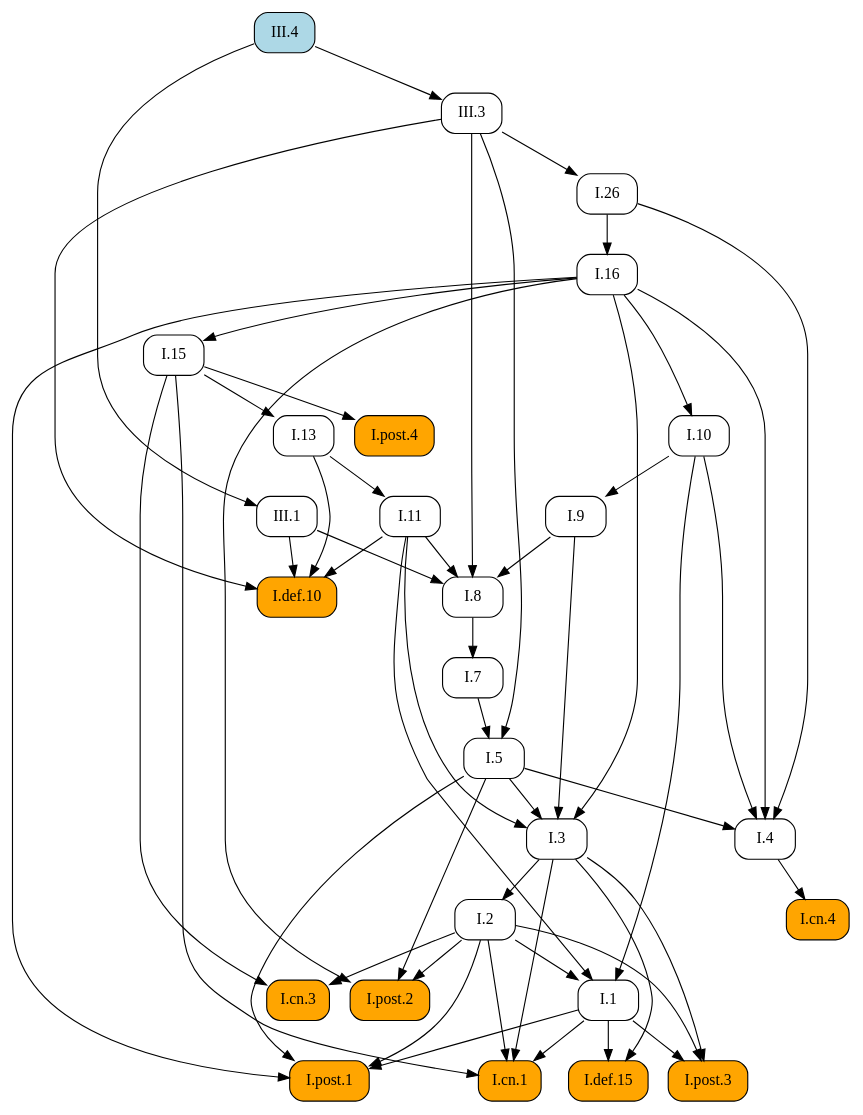
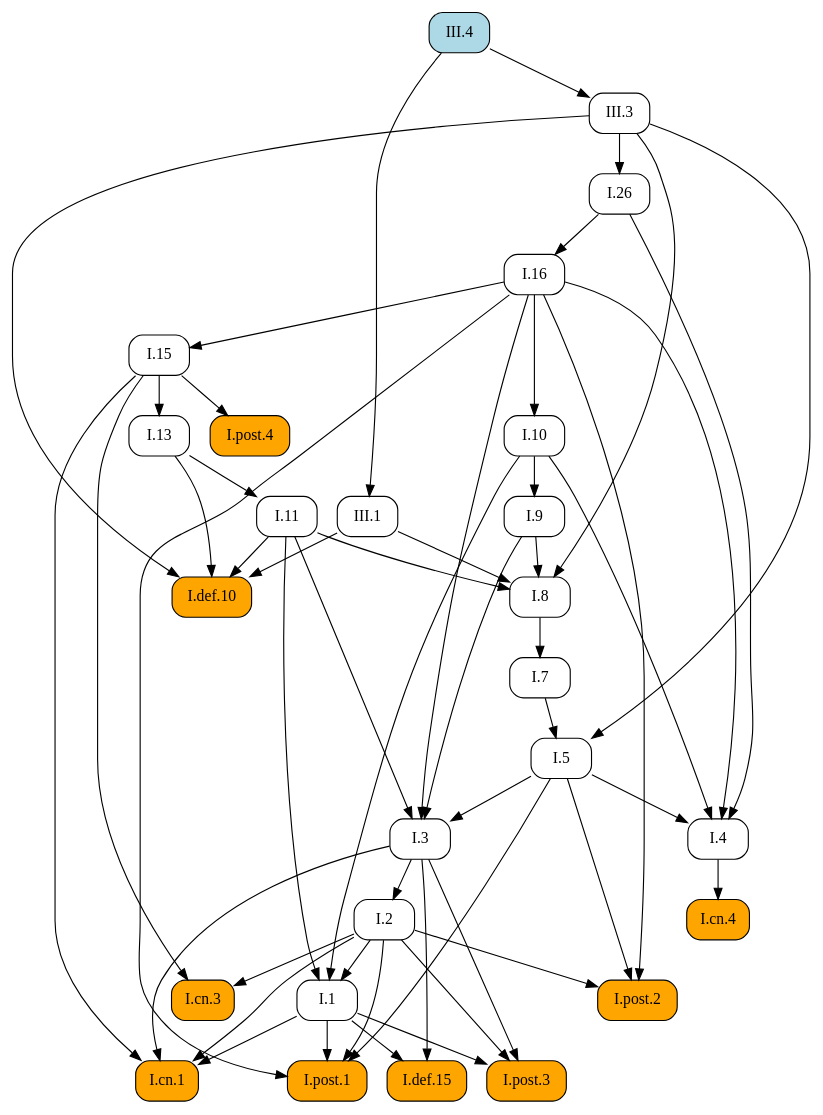
One commit to geometor/elements changed the diagram in docsrc/heath/III/4/index.rst. Above: the diagram before and after it, drawn with Graphviz. The commit also changed other lines of this file and 1029 other files, not shown here.

```diff
--- a/docsrc/heath/III/4/index.rst
+++ b/docsrc/heath/III/4/index.rst
@@ -60,82 +60,82 @@
    digraph {
      rankdir="TB";
      node [shape=box, style=rounded];
+     "I.def.10" [style="rounded,filled", fillcolor=orange, URL="/heath/I/def.10/", target="_top"];
+     "I.11" [URL="/heath/I/11/", target="_top"];
+     "I.post.4" [style="rounded,filled", fillcolor=orange, URL="/heath/I/post.4/", target="_top"];
+     "I.1" [URL="/heath/I/1/", target="_top"];
+     "III.4" [style="rounded,filled", fillcolor=lightblue, URL="/heath/III/4/", target="_top"];
+     "I.26" [URL="/heath/I/26/", target="_top"];
+     "I.7" [URL="/heath/I/7/", target="_top"];
+     "I.3" [URL="/heath/I/3/", target="_top"];
+     "I.2" [URL="/heath/I/2/", target="_top"];
+     "I.4" [URL="/heath/I/4/", target="_top"];
      "I.13" [URL="/heath/I/13/", target="_top"];
+     "I.post.2" [style="rounded,filled", fillcolor=orange, URL="/heath/I/post.2/", target="_top"];
+     "I.16" [URL="/heath/I/16/", target="_top"];
+     "I.def.15" [style="rounded,filled", fillcolor=orange, URL="/heath/I/def.15/", target="_top"];
+     "I.9" [URL="/heath/I/9/", target="_top"];
+     "I.post.3" [style="rounded,filled", fillcolor=orange, URL="/heath/I/post.3/", target="_top"];
+     "III.3" [URL="/heath/III/3/", target="_top"];
+     "I.cn.1" [style="rounded,filled", fillcolor=orange, URL="/heath/I/cn.1/", target="_top"];
      "I.cn.3" [style="rounded,filled", fillcolor=orange, URL="/heath/I/cn.3/", target="_top"];
+     "III.1" [URL="/heath/III/1/", target="_top"];
+     "I.8" [URL="/heath/I/8/", target="_top"];
+     "I.cn.4" [style="rounded,filled", fillcolor=orange, URL="/heath/I/cn.4/", target="_top"];
+     "I.15" [URL="/heath/I/15/", target="_top"];
+     "I.post.1" [style="rounded,filled", fillcolor=orange, URL="/heath/I/post.1/", target="_top"];
+     "I.10" [URL="/heath/I/10/", target="_top"];
      "I.5" [URL="/heath/I/5/", target="_top"];
-     "I.11" [URL="/heath/I/11/", target="_top"];
-     "I.7" [URL="/heath/I/7/", target="_top"];
-     "I.10" [URL="/heath/I/10/", target="_top"];
-     "I.4" [URL="/heath/I/4/", target="_top"];
-     "I.3" [URL="/heath/I/3/", target="_top"];
-     "I.16" [URL="/heath/I/16/", target="_top"];
-     "III.4" [style="rounded,filled", fillcolor=lightblue, URL="/heath/III/4/", target="_top"];
-     "I.8" [URL="/heath/I/8/", target="_top"];
-     "I.9" [URL="/heath/I/9/", target="_top"];
-     "I.def.10" [style="rounded,filled", fillcolor=orange, URL="/heath/I/def.10/", target="_top"];
-     "III.3" [URL="/heath/III/3/", target="_top"];
-     "III.1" [URL="/heath/III/1/", target="_top"];
-     "I.post.4" [style="rounded,filled", fillcolor=orange, URL="/heath/I/post.4/", target="_top"];
-     "I.post.2" [style="rounded,filled", fillcolor=orange, URL="/heath/I/post.2/", target="_top"];
-     "I.2" [URL="/heath/I/2/", target="_top"];
-     "I.def.15" [style="rounded,filled", fillcolor=orange, URL="/heath/I/def.15/", target="_top"];
-     "I.1" [URL="/heath/I/1/", target="_top"];
-     "I.post.3" [style="rounded,filled", fillcolor=orange, URL="/heath/I/post.3/", target="_top"];
-     "I.post.1" [style="rounded,filled", fillcolor=orange, URL="/heath/I/post.1/", target="_top"];
-     "I.cn.4" [style="rounded,filled", fillcolor=orange, URL="/heath/I/cn.4/", target="_top"];
-     "I.26" [URL="/heath/I/26/", target="_top"];
-     "I.15" [URL="/heath/I/15/", target="_top"];
-     "I.cn.1" [style="rounded,filled", fillcolor=orange, URL="/heath/I/cn.1/", target="_top"];
-     "I.15" -> "I.13";
-     "I.2" -> "I.cn.3";
-     "I.15" -> "I.cn.3";
-     "I.7" -> "I.5";
-     "III.3" -> "I.5";
+     "I.11" -> "I.def.10";
+     "I.13" -> "I.def.10";
+     "III.1" -> "I.def.10";
+     "III.3" -> "I.def.10";
      "I.13" -> "I.11";
+     "I.15" -> "I.post.4";
+     "I.2" -> "I.1";
+     "I.10" -> "I.1";
+     "I.11" -> "I.1";
+     "III.3" -> "I.26";
      "I.8" -> "I.7";
-     "I.16" -> "I.10";
+     "I.5" -> "I.3";
+     "I.9" -> "I.3";
+     "I.11" -> "I.3";
+     "I.16" -> "I.3";
+     "I.3" -> "I.2";
      "I.5" -> "I.4";
      "I.10" -> "I.4";
      "I.16" -> "I.4";
      "I.26" -> "I.4";
-     "I.5" -> "I.3";
-     "I.9" -> "I.3";
-     "I.11" -> "I.3";
-     "I.16" -> "I.3";
+     "I.15" -> "I.13";
+     "I.2" -> "I.post.2";
+     "I.5" -> "I.post.2";
+     "I.16" -> "I.post.2";
      "I.26" -> "I.16";
+     "I.1" -> "I.def.15";
+     "I.3" -> "I.def.15";
+     "I.10" -> "I.9";
+     "I.1" -> "I.post.3";
+     "I.2" -> "I.post.3";
+     "I.3" -> "I.post.3";
+     "III.4" -> "III.3";
+     "I.1" -> "I.cn.1";
+     "I.2" -> "I.cn.1";
+     "I.3" -> "I.cn.1";
+     "I.15" -> "I.cn.1";
+     "I.2" -> "I.cn.3";
+     "I.15" -> "I.cn.3";
+     "III.4" -> "III.1";
      "I.9" -> "I.8";
      "I.11" -> "I.8";
      "III.1" -> "I.8";
      "III.3" -> "I.8";
-     "I.10" -> "I.9";
-     "I.11" -> "I.def.10";
-     "I.13" -> "I.def.10";
-     "III.1" -> "I.def.10";
-     "III.3" -> "I.def.10";
-     "III.4" -> "III.3";
-     "III.4" -> "III.1";
-     "I.15" -> "I.post.4";
-     "I.2" -> "I.post.2";
-     "I.5" -> "I.post.2";
-     "I.16" -> "I.post.2";
-     "I.3" -> "I.2";
-     "I.1" -> "I.def.15";
-     "I.3" -> "I.def.15";
-     "I.2" -> "I.1";
-     "I.10" -> "I.1";
-     "I.11" -> "I.1";
-     "I.1" -> "I.post.3";
-     "I.2" -> "I.post.3";
-     "I.3" -> "I.post.3";
+     "I.4" -> "I.cn.4";
+     "I.16" -> "I.15";
      "I.1" -> "I.post.1";
      "I.2" -> "I.post.1";
      "I.5" -> "I.post.1";
      "I.16" -> "I.post.1";
-     "I.4" -> "I.cn.4";
-     "III.3" -> "I.26";
-     "I.16" -> "I.15";
-     "I.1" -> "I.cn.1";
-     "I.2" -> "I.cn.1";
-     "I.3" -> "I.cn.1";
-     "I.15" -> "I.cn.1";
+     "I.16" -> "I.10";
+     "I.7" -> "I.5";
+     "III.3" -> "I.5";
    }
```
